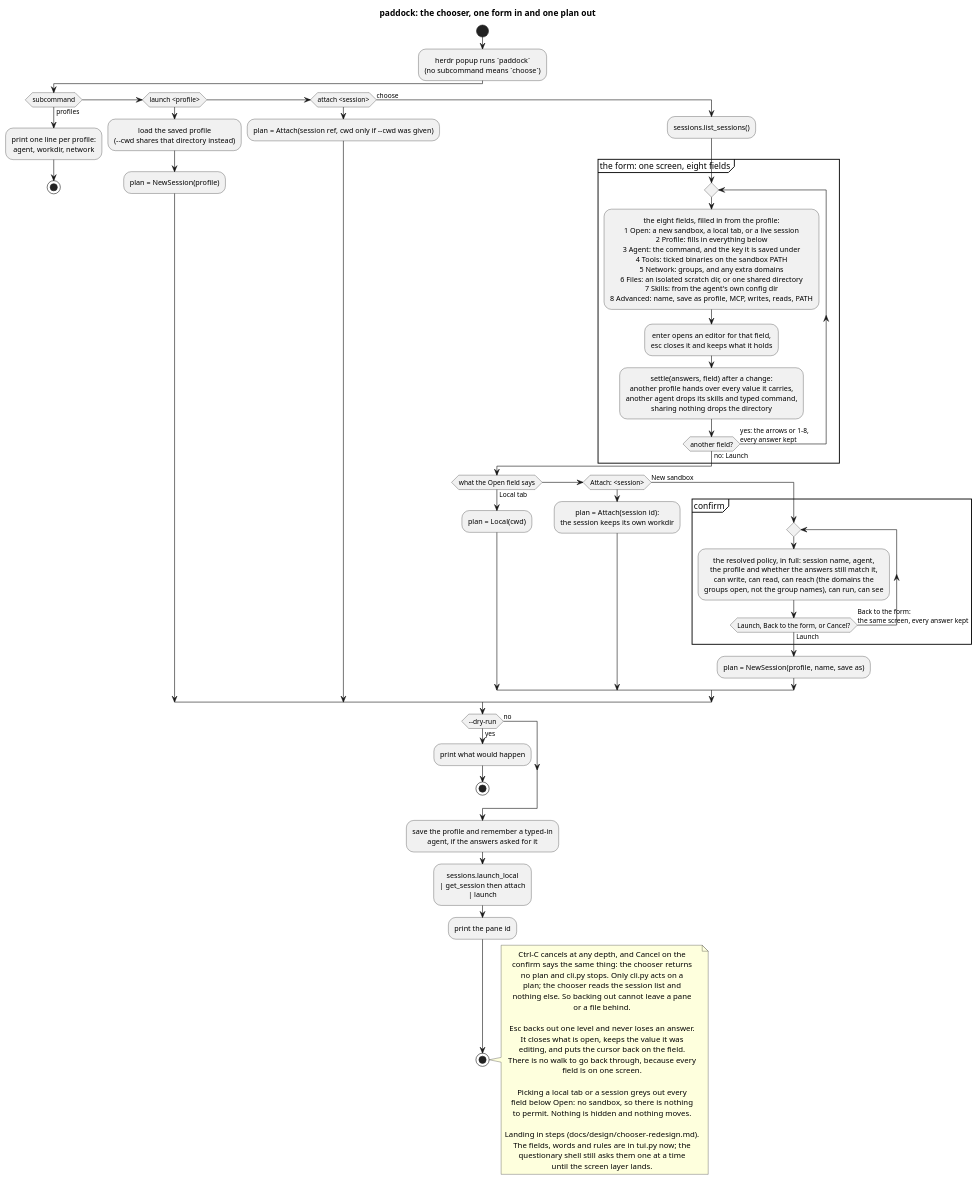
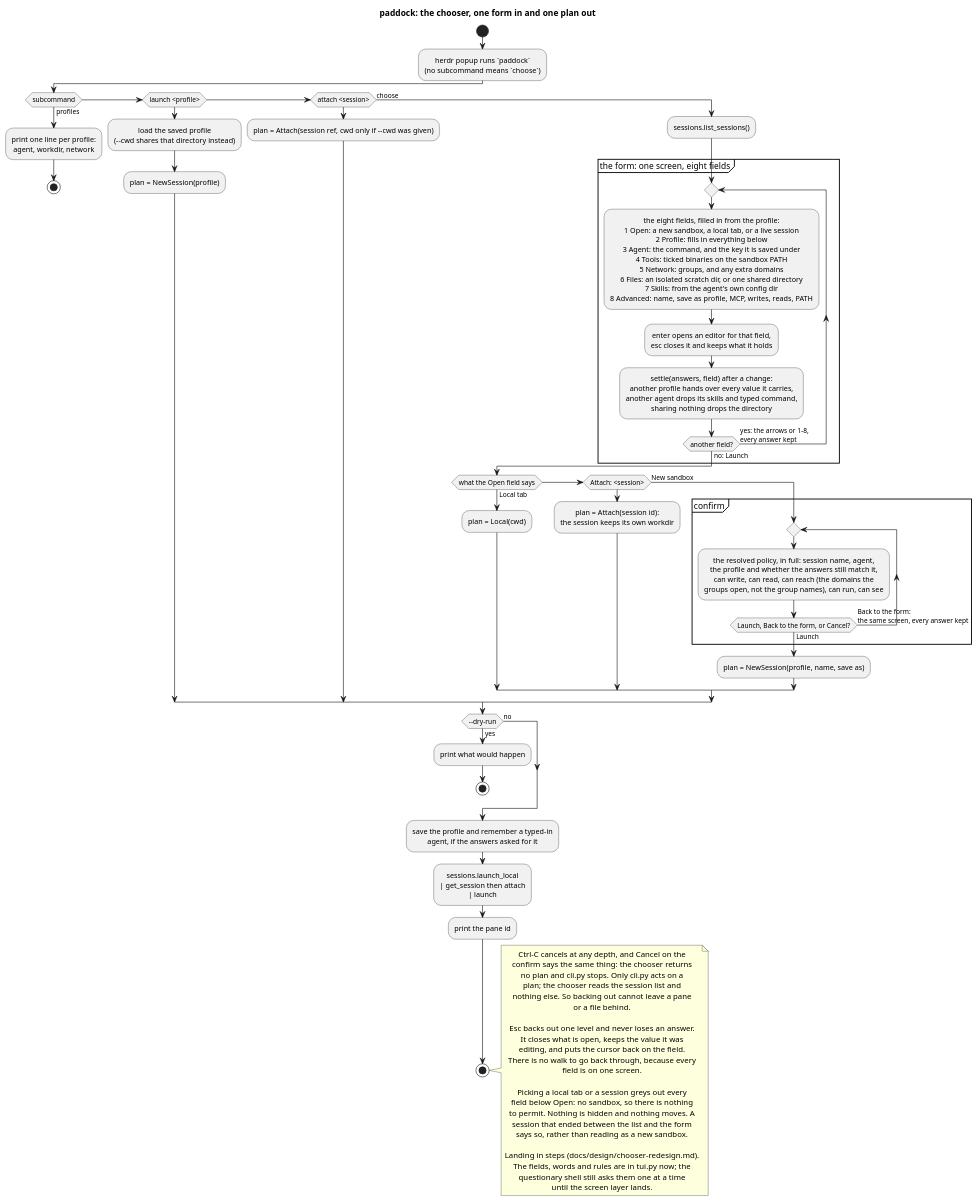
Before and after one commit to paddock-sh/paddock: the diagram in docs/diagrams/chooser_flow.puml, drawn with PlantUML. The commit also changed 2 other files, not shown here.

```diff
--- a/docs/diagrams/chooser_flow.puml
+++ b/docs/diagrams/chooser_flow.puml
@@ -1,76 +1,78 @@
 @startuml chooser_flow
 title paddock: the chooser, one form in and one plan out
 
 skinparam shadowing false
 skinparam defaultTextAlignment center
 
 start
 :herdr popup runs `paddock`\n(no subcommand means `choose`);
 
 if (subcommand) then (profiles)
   :print one line per profile:\nagent, workdir, network;
   stop
 elseif (launch <profile>) then
   :load the saved profile\n(--cwd shares that directory instead);
   :plan = NewSession(profile);
 elseif (attach <session>) then
   :plan = Attach(session ref, cwd only if --cwd was given);
 else (choose)
   :sessions.list_sessions();
   partition "the form: one screen, eight fields" {
     repeat
       :the eight fields, filled in from the profile:\n1 Open: a new sandbox, a local tab, or a live session\n2 Profile: fills in everything below\n3 Agent: the command, and the key it is saved under\n4 Tools: ticked binaries on the sandbox PATH\n5 Network: groups, and any extra domains\n6 Files: an isolated scratch dir, or one shared directory\n7 Skills: from the agent's own config dir\n8 Advanced: name, save as profile, MCP, writes, reads, PATH;
       :enter opens an editor for that field,\nesc closes it and keeps what it holds;
       :settle(answers, field) after a change:\nanother profile hands over every value it carries,\nanother agent drops its skills and typed command,\nsharing nothing drops the directory;
     repeat while (another field?) is (yes: the arrows or 1-8,\nevery answer kept) not (no: Launch)
   }
   if (what the Open field says) then (Local tab)
     :plan = Local(cwd);
   elseif (Attach: <session>) then
     :plan = Attach(session id):\nthe session keeps its own workdir;
   else (New sandbox)
     partition "confirm" {
       repeat
         :the resolved policy, in full: session name, agent,\nthe profile and whether the answers still match it,\ncan write, can read, can reach (the domains the\ngroups open, not the group names), can run, can see;
       repeat while (Launch, Back to the form, or Cancel?) is (Back to the form:\nthe same screen, every answer kept) not (Launch)
     }
     :plan = NewSession(profile, name, save as);
   endif
 endif
 
 if (--dry-run) then (yes)
   :print what would happen;
   stop
 else (no)
 endif
 
 :save the profile and remember a typed-in\nagent, if the answers asked for it;
 :sessions.launch_local\n| get_session then attach\n| launch;
 :print the pane id;
 stop
 
 note right
   Ctrl-C cancels at any depth, and Cancel on the
   confirm says the same thing: the chooser returns
   no plan and cli.py stops. Only cli.py acts on a
   plan; the chooser reads the session list and
   nothing else. So backing out cannot leave a pane
   or a file behind.
 
   Esc backs out one level and never loses an answer.
   It closes what is open, keeps the value it was
   editing, and puts the cursor back on the field.
   There is no walk to go back through, because every
   field is on one screen.
 
   Picking a local tab or a session greys out every
   field below Open: no sandbox, so there is nothing
-  to permit. Nothing is hidden and nothing moves.
+  to permit. Nothing is hidden and nothing moves. A
+  session that ended between the list and the form
+  says so, rather than reading as a new sandbox.
 
   Landing in steps (docs/design/chooser-redesign.md).
   The fields, words and rules are in tui.py now; the
   questionary shell still asks them one at a time
   until the screen layer lands.
 end note
 
 @enduml
```
